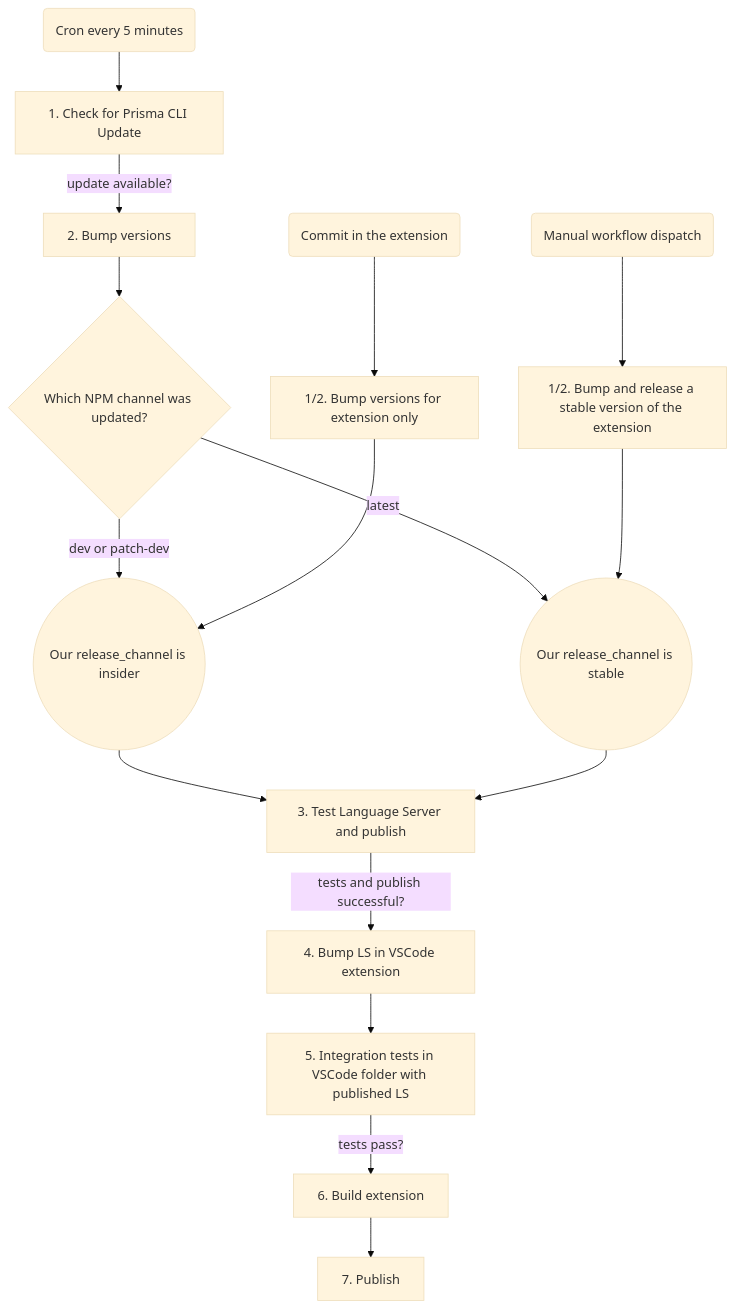
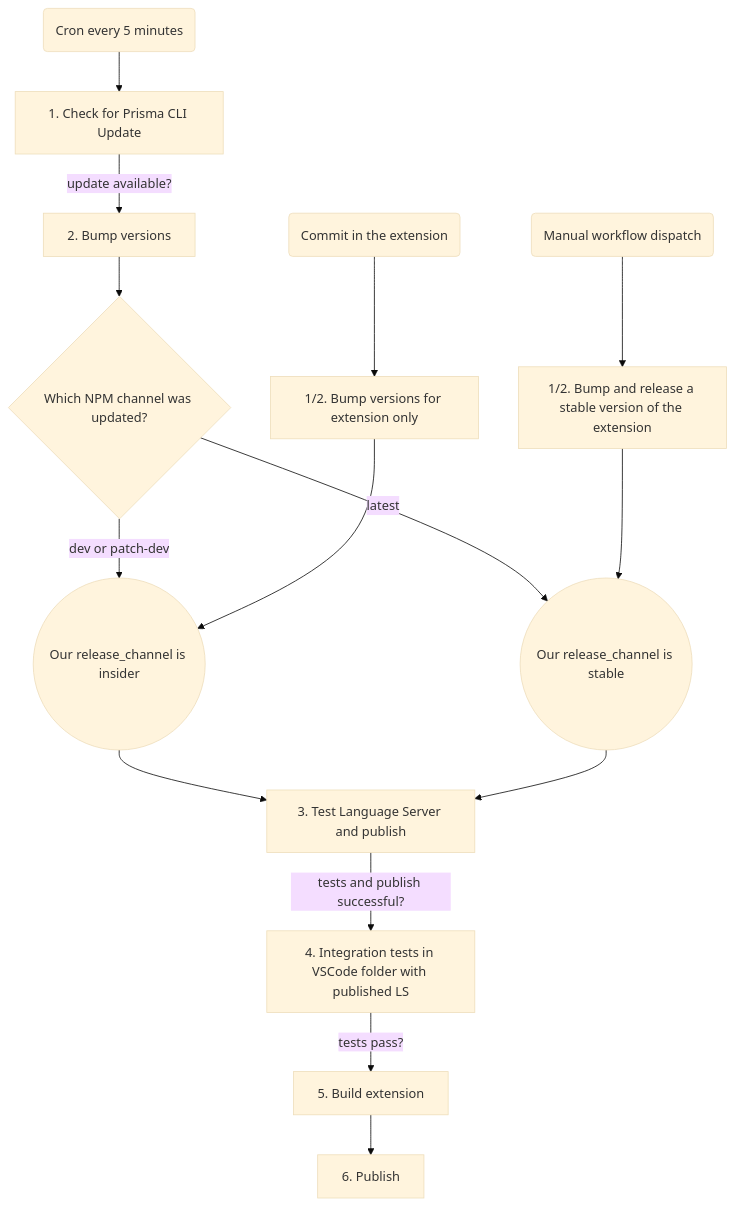
Before and after one commit to prisma/language-tools: the diagram in docs/ci-cd.md, drawn with Mermaid (base theme). The commit also changed other lines of this file and 6 other files, not shown here.

````diff
--- a/docs/ci-cd.md
+++ b/docs/ci-cd.md
@@ -14,19 +15,18 @@
 ```mermaid
 graph TD
     A(Cron every 5 minutes) --> B[1. Check for Prisma CLI Update]
     B -->|update available?| C[2. Bump versions]
     C -->D{Which NPM channel was updated?}
     D -->|dev or patch-dev| E((Our release_channel is insider))
     D -->|latest| F((Our release_channel is stable))
     E --> G[3. Test Language Server and publish]
     F --> G
-    G -->|tests and publish successful?| H[4. Bump LS in VSCode extension]
-    H --> I[5. Integration tests in VSCode folder with published LS]
-    I -->|tests pass?| J[6. Build extension]
-    J --> K[7. Publish]
+    G -->|tests and publish successful?| I[4. Integration tests in VSCode folder with published LS]
+    I -->|tests pass?| J[5. Build extension]
+    J --> K[6. Publish]
 
     L(Commit in the extension) --> M[1/2. Bump versions for extension only]
     M -->E
     N(Manual workflow dispatch) --> O[1/2. Bump and release a stable version of the extension]
     O -->F
 ```
````
